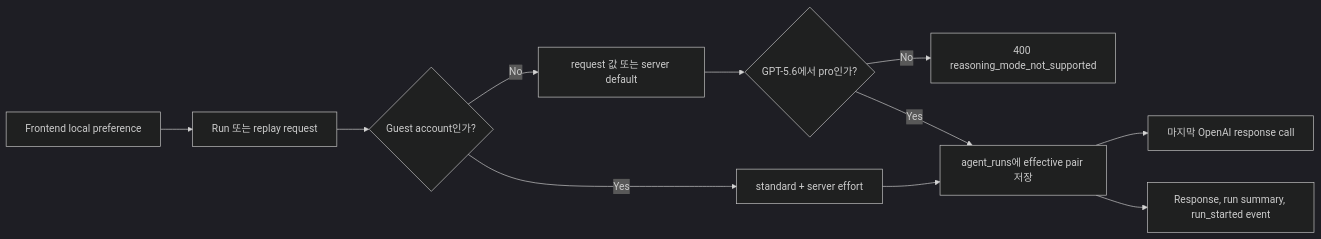
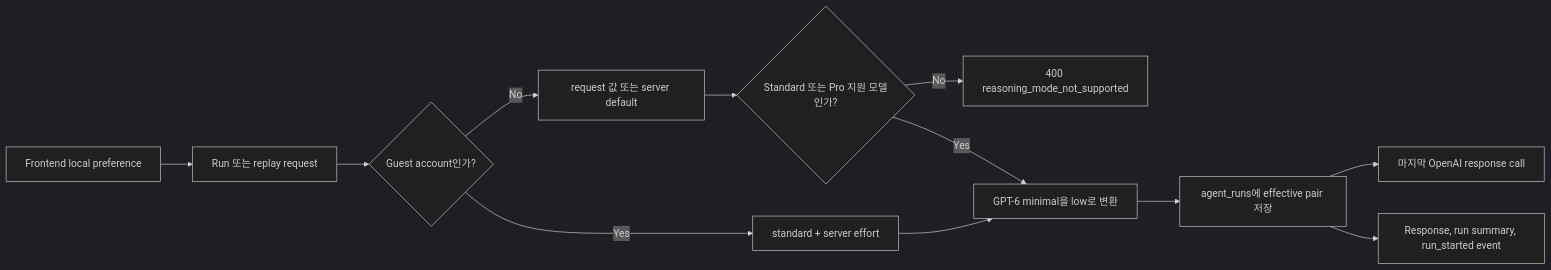
Before and after one commit to heecheon92/my-agents: the diagram in docs/product-chat-service/ko/26-run-reasoning-preferences.md, drawn with Mermaid (dark theme). The commit also changed other lines of this file and 20 other files, not shown here.

````diff
--- a/docs/product-chat-service/ko/26-run-reasoning-preferences.md
+++ b/docs/product-chat-service/ko/26-run-reasoning-preferences.md
@@ -9,13 +9,14 @@
 ```mermaid
 flowchart LR
     UI["Frontend local preference"] --> Request["Run 또는 replay request"]
     Request --> Guest{"Guest account인가?"}
     Guest -->|Yes| Fixed["standard + server effort"]
     Guest -->|No| Resolve["request 값 또는 server default"]
-    Resolve --> Check{"GPT-5.6에서 pro인가?"}
+    Resolve --> Check{"Standard 또는 Pro 지원 모델인가?"}
     Check -->|No| Error["400 reasoning_mode_not_supported"]
-    Check -->|Yes| Persist["agent_runs에 effective pair 저장"]
-    Fixed --> Persist
+    Check -->|Yes| Normalize["GPT-6 minimal을 low로 변환"]
+    Normalize --> Persist["agent_runs에 effective pair 저장"]
+    Fixed --> Normalize
     Persist --> Provider["마지막 OpenAI response call"]
     Persist --> Contract["Response, run summary, run_started event"]
 ```
````
